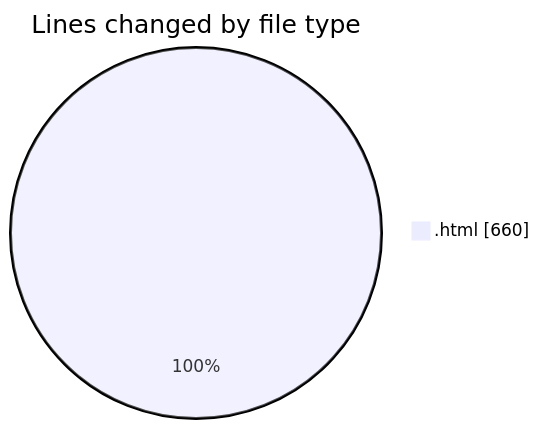
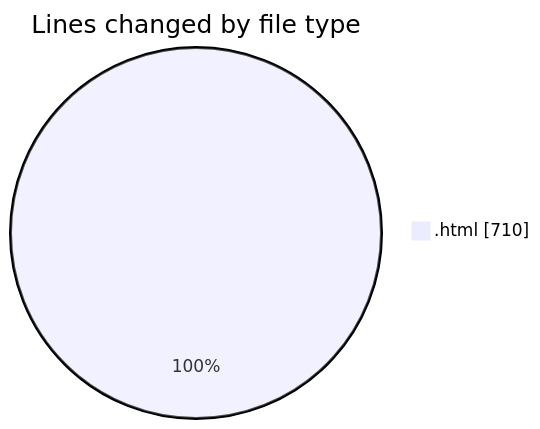
The first of 2 diagrams in 2025-01-13/nueva_carpeta/README.md (LanceThiago/code-tracking), drawn with Mermaid before and after one commit. The commit also changed other lines of this file and 1 other file, not shown here.

````diff
--- a/2025-01-13/nueva_carpeta/README.md
+++ b/2025-01-13/nueva_carpeta/README.md
@@ -20,5 +20,5 @@
 ```mermaid
 pie showData
 title Lines changed by file type
-".html" : 660
+".html" : 710
 ```
````
